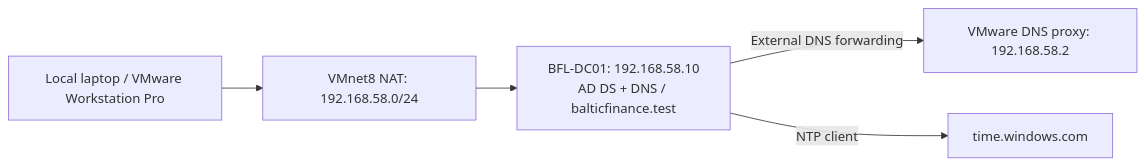
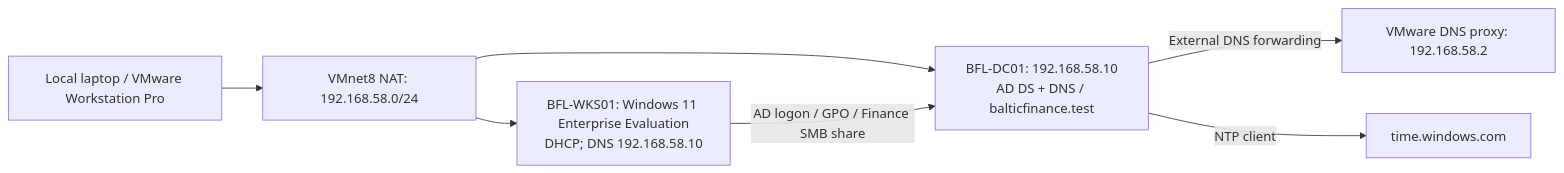
Before and after one commit to krzysztof-szot/hybrid-enterprise-security-project: the diagram in README.md, drawn with Mermaid. The commit also changed other lines of this file and 8 other files, not shown here.

````diff
--- a/README.md
+++ b/README.md
@@ -19,7 +23,9 @@
 ```mermaid
 flowchart LR
     Host["Local laptop / VMware Workstation Pro"] --> NAT["VMnet8 NAT: 192.168.58.0/24"]
     NAT --> DC["BFL-DC01: 192.168.58.10\nAD DS + DNS / balticfinance.test"]
+    NAT --> WKS["BFL-WKS01: Windows 11 Enterprise Evaluation\nDHCP; DNS 192.168.58.10"]
+    WKS -->|"AD logon / GPO / Finance SMB share"| DC
     DC -->|"External DNS forwarding"| DNS["VMware DNS proxy: 192.168.58.2"]
     DC -->|"NTP client"| NTP["time.windows.com"]
 ```
````
